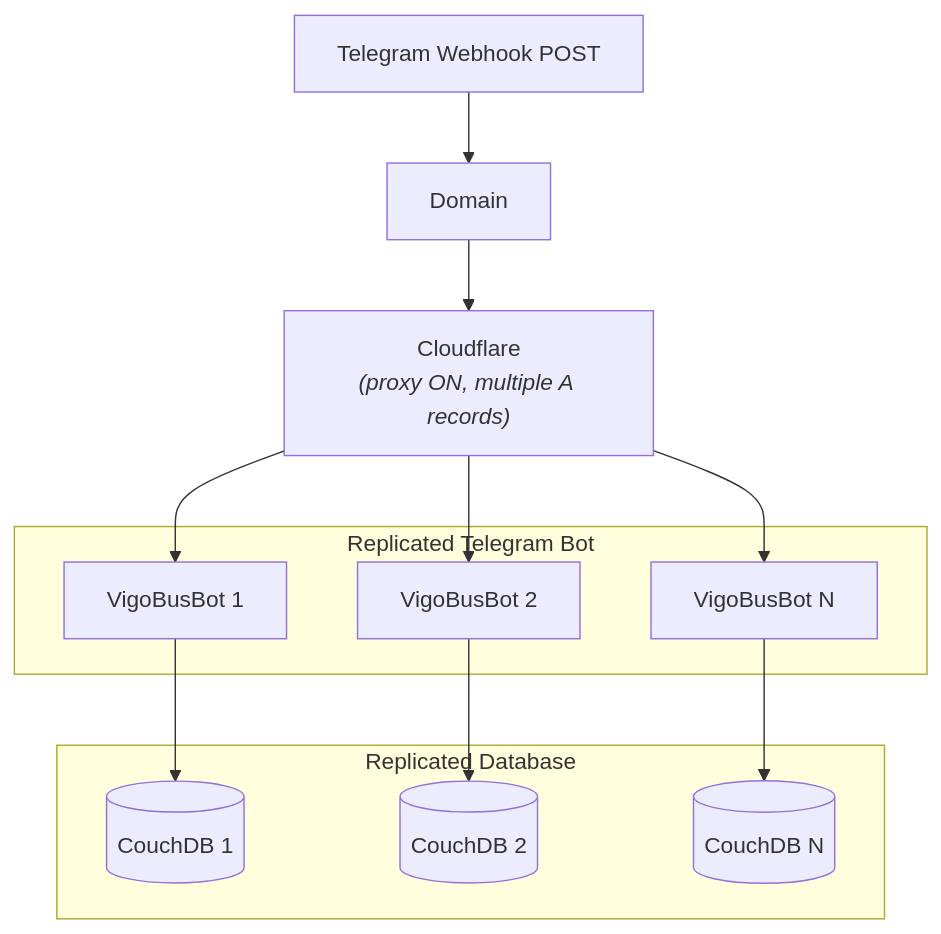
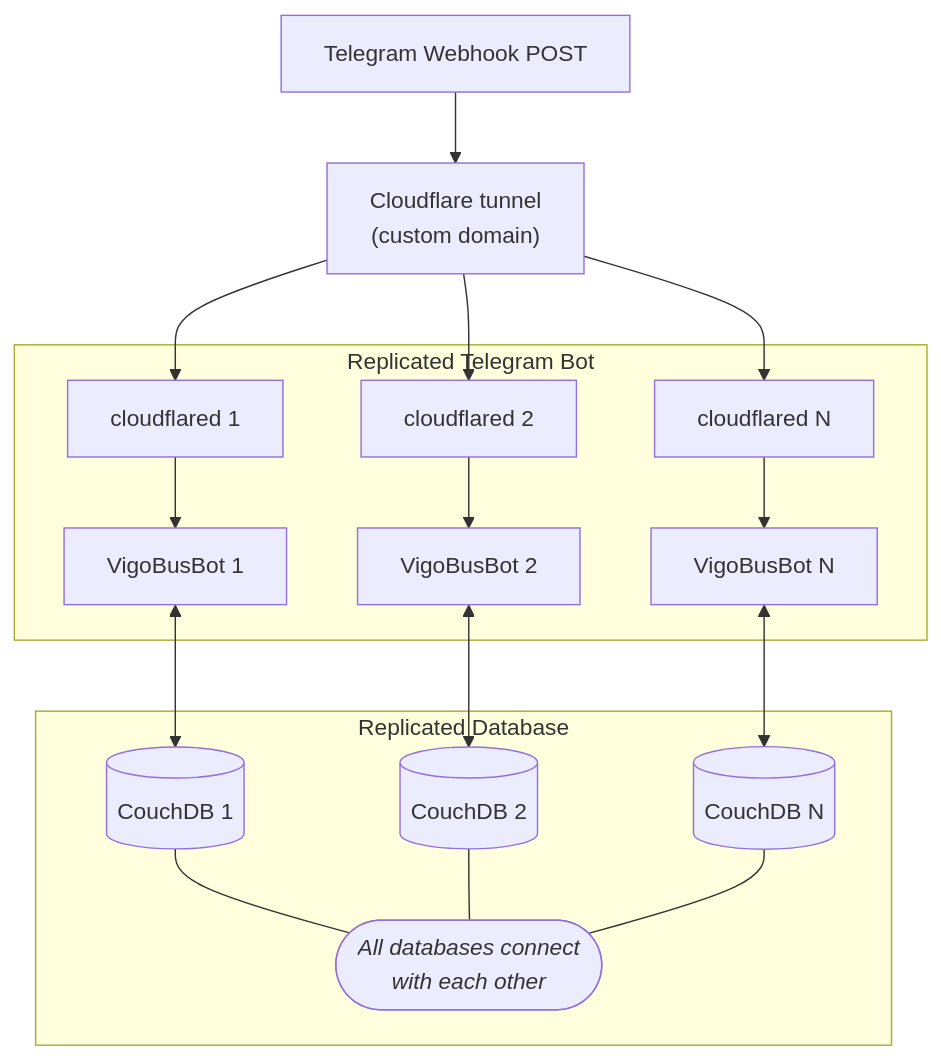
Before and after one commit to David-Lor/VigoBus-TelegramBot: the second of 2 diagrams in README.md, drawn with Mermaid. The commit also changed other lines of this file, not shown here.

Commit message:
docs: update diagrams

````diff
--- a/README.md
+++ b/README.md
@@ -36,22 +36,29 @@
 ```mermaid
 flowchart TD;
   Telegram[Telegram Webhook POST]
-  Domain[Domain]
-  Cloudflare["Cloudflare\n<i>(proxy ON, multiple A records)</i>"]
+  Cloudflare["Cloudflare tunnel\n(custom domain)"]
   subgraph Replicated Telegram Bot
+    cloudflared1[cloudflared 1]
+    cloudflared2[cloudflared 2]
+    cloudflaredN[cloudflared N]
     VigoBusBot1[VigoBusBot 1]
     VigoBusBot2[VigoBusBot 2]
     VigoBusBotN[VigoBusBot N]
   end
   subgraph Replicated Database
     CouchDB1[(CouchDB 1)]
     CouchDB2[(CouchDB 2)]
     CouchDBN[(CouchDB N)]
+    
+    dbReplicas([<i>All databases connect\nwith each other</i>])
   end
 
-  Telegram --> Domain
-  Domain --> Cloudflare
-  Cloudflare --> VigoBusBot1 --> CouchDB1
-  Cloudflare --> VigoBusBot2 --> CouchDB2
-  Cloudflare --> VigoBusBotN --> CouchDBN
+  Telegram --> Cloudflare
+  Cloudflare --> cloudflared1 --> VigoBusBot1 <--> CouchDB1
+  Cloudflare --> cloudflared2 --> VigoBusBot2 <--> CouchDB2
+  Cloudflare --> cloudflaredN --> VigoBusBotN <--> CouchDBN
+  
+  CouchDB1 --- dbReplicas
+  CouchDB2 --- dbReplicas
+  CouchDBN --- dbReplicas
 ```
````
